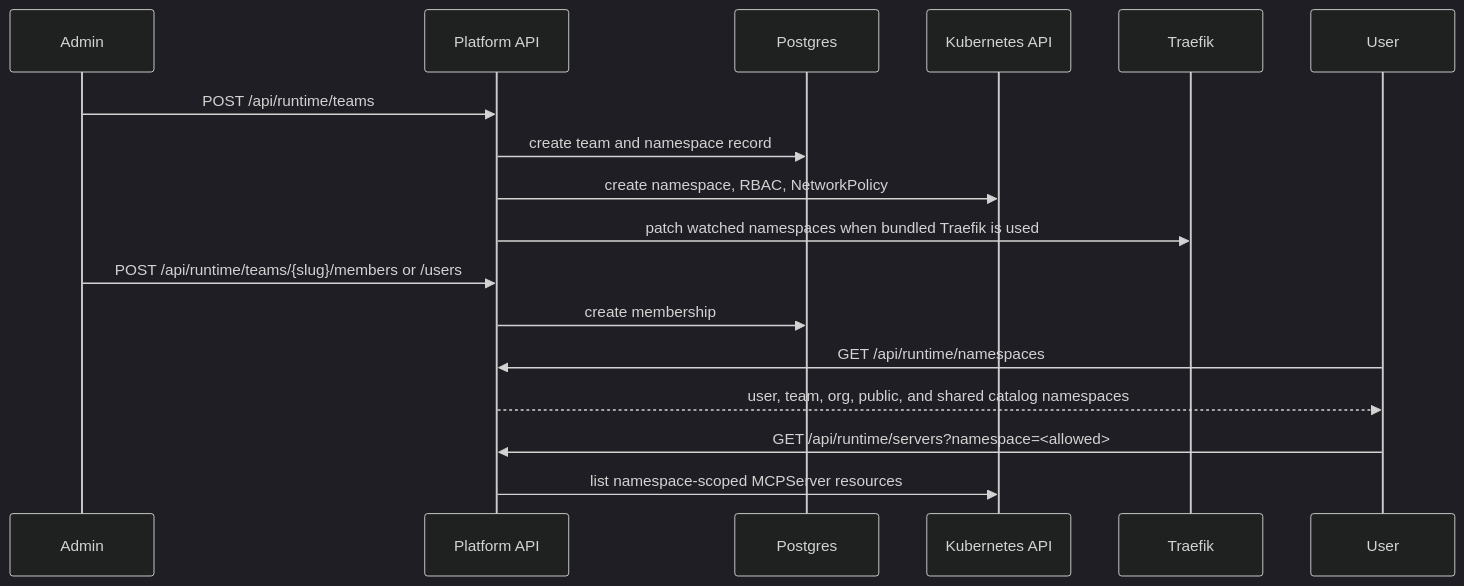
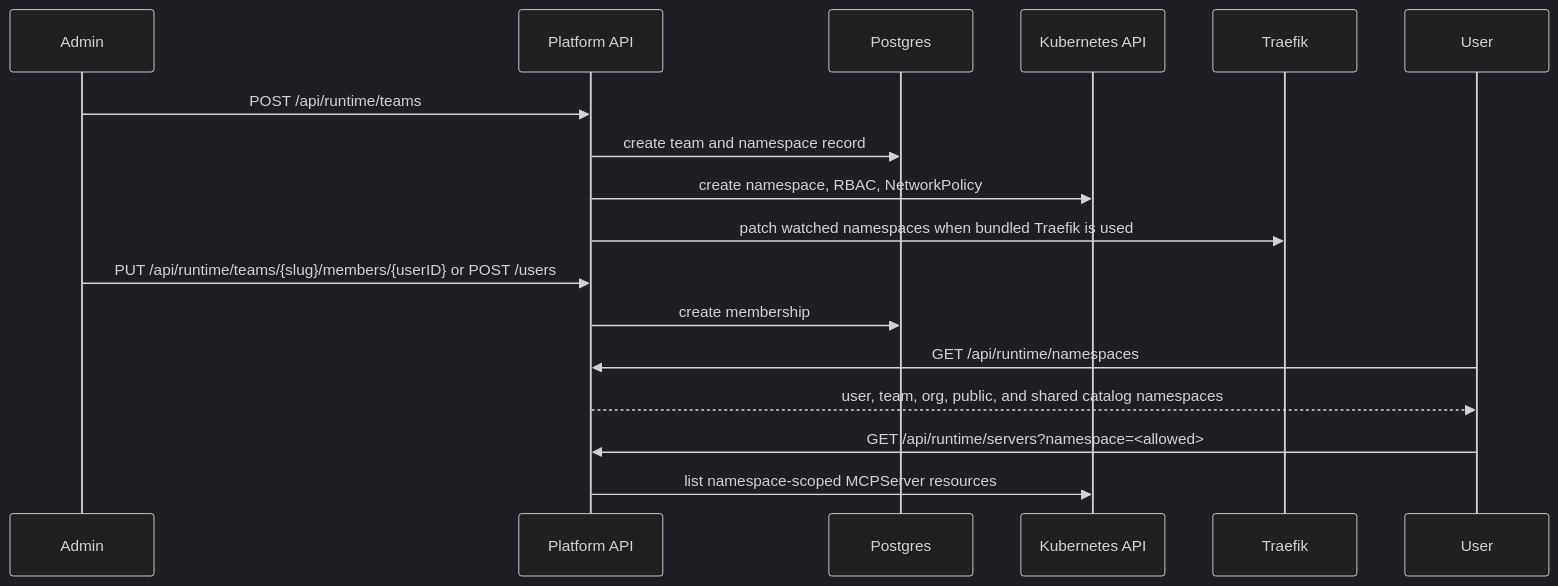
The eighth of 9 diagrams in docs/internals/request-flows.md (Agent-Hellboy/mcp-runtime), drawn with Mermaid (dark theme) before and after one commit. The commit also changed other lines of this file and 20 other files, not shown here.

````diff
--- a/docs/internals/request-flows.md
+++ b/docs/internals/request-flows.md
@@ -263,20 +261,20 @@
 ```mermaid
 sequenceDiagram
     participant Admin
     participant API as Platform API
     participant DB as Postgres
     participant K8s as Kubernetes API
     participant Traefik
     participant User
 
     Admin->>API: POST /api/runtime/teams
     API->>DB: create team and namespace record
     API->>K8s: create namespace, RBAC, NetworkPolicy
     API->>Traefik: patch watched namespaces when bundled Traefik is used
-    Admin->>API: POST /api/runtime/teams/{slug}/members or /users
+    Admin->>API: PUT /api/runtime/teams/{slug}/members/{userID} or POST /users
     API->>DB: create membership
     User->>API: GET /api/runtime/namespaces
     API-->>User: user, team, org, public, and shared catalog namespaces
     User->>API: GET /api/runtime/servers?namespace=<allowed>
     API->>K8s: list namespace-scoped MCPServer resources
 ```
````
